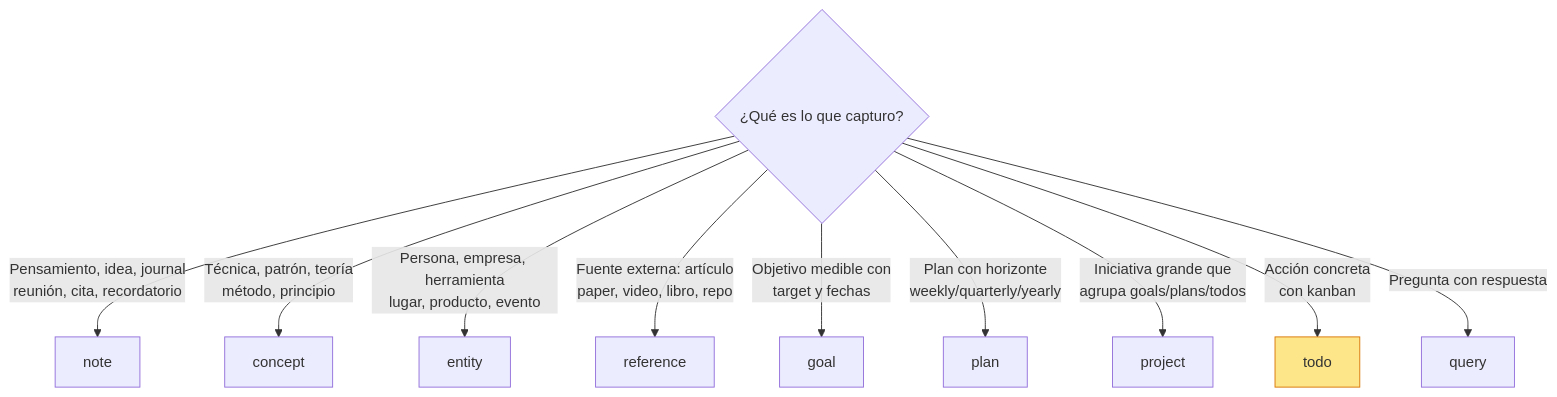
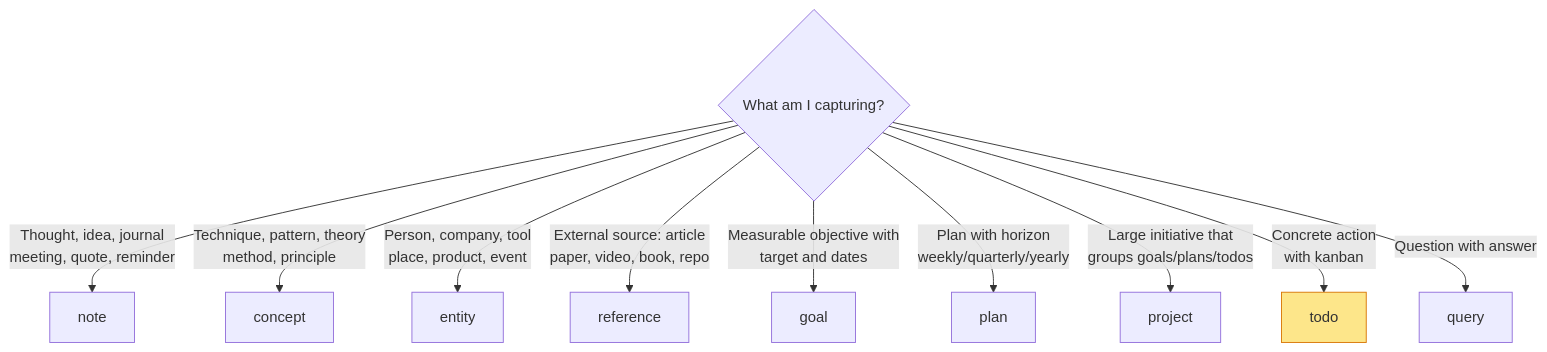
Before and after one commit to alvarolizama/dran: the second of 7 diagrams in skills/dran/SKILL.md, drawn with Mermaid. The commit also changed other lines of this file and 11 other files, not shown here.

Commit message:
feat: traducir skills de dran al inglés (9 flows + dran + references)

````diff
--- a/skills/dran/SKILL.md
+++ b/skills/dran/SKILL.md
@@ -175,14 +176,14 @@
 ```mermaid
 flowchart TD
-  W{¿Qué es lo que capturo?} -->|"Pensamiento, idea, journal\nreunión, cita, recordatorio"| NOTE[note]
-  W -->|"Técnica, patrón, teoría\nmétodo, principio"| CONCEPT[concept]
-  W -->|"Persona, empresa, herramienta\nlugar, producto, evento"| ENTITY[entity]
-  W -->|"Fuente externa: artículo\npaper, video, libro, repo"| REFERENCE[reference]
-  W -->|"Objetivo medible con\ntarget y fechas"| GOAL[goal]
-  W -->|"Plan con horizonte\nweekly/quarterly/yearly"| PLAN[plan]
-  W -->|"Iniciativa grande que\nagrupa goals/plans/todos"| PROJECT[project]
-  W -->|"Acción concreta\ncon kanban"| TODO[todo]
-  W -->|"Pregunta con respuesta"| QUERY[query]
+  W{What am I capturing?} -->|"Thought, idea, journal\nmeeting, quote, reminder"| NOTE[note]
+  W -->|"Technique, pattern, theory\nmethod, principle"| CONCEPT[concept]
+  W -->|"Person, company, tool\nplace, product, event"| ENTITY[entity]
+  W -->|"External source: article\npaper, video, book, repo"| REFERENCE[reference]
+  W -->|"Measurable objective with\ntarget and dates"| GOAL[goal]
+  W -->|"Plan with horizon\nweekly/quarterly/yearly"| PLAN[plan]
+  W -->|"Large initiative that\ngroups goals/plans/todos"| PROJECT[project]
+  W -->|"Concrete action\nwith kanban"| TODO[todo]
+  W -->|"Question with answer"| QUERY[query]
 
   style TODO fill:#fde68a,stroke:#d97706
 ```
````
